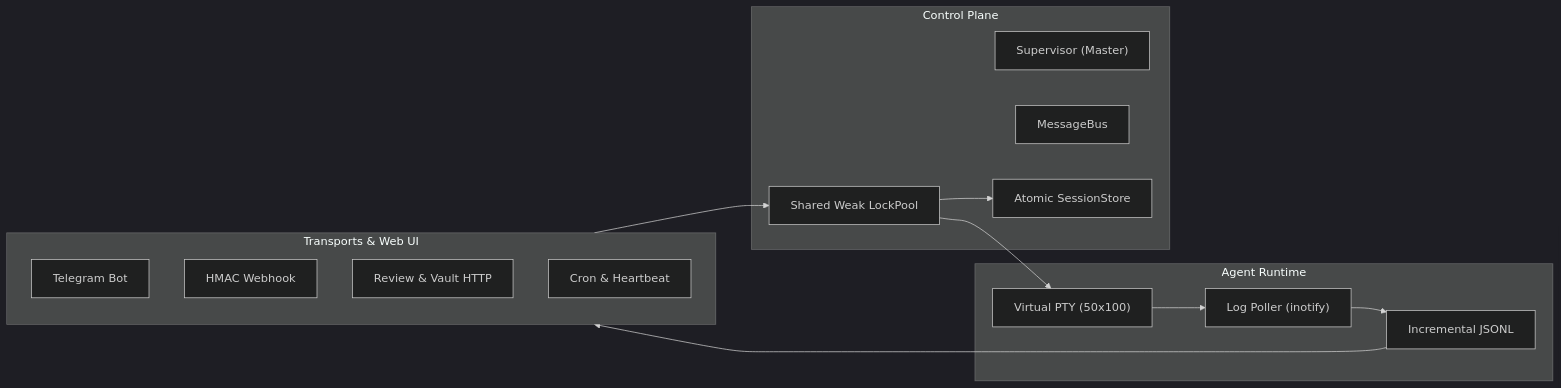
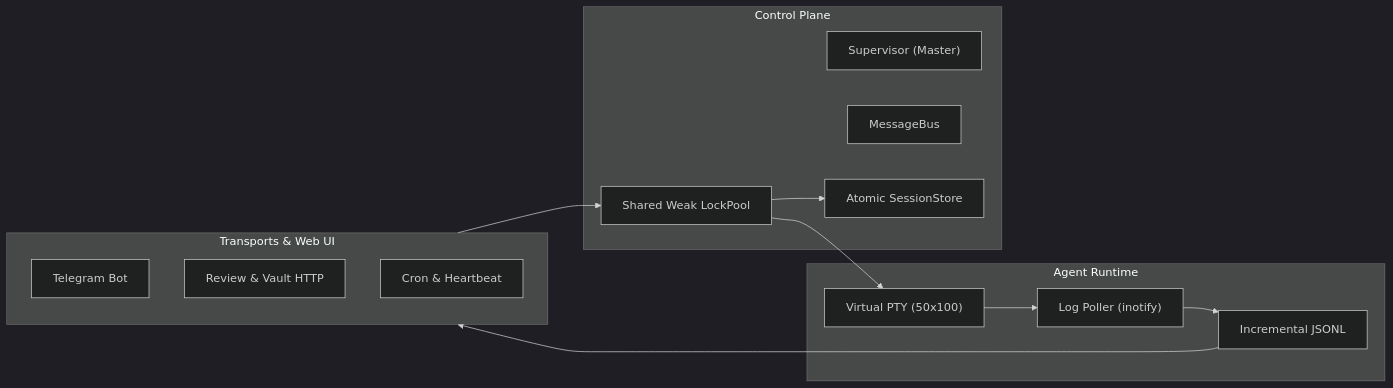
Before and after one commit to imwoo90/tuner: the diagram in README.md, drawn with Mermaid (dark theme). The commit also changed other lines of this file and 68 other files, not shown here.

````diff
--- a/README.md
+++ b/README.md
@@ -171,29 +171,28 @@
 ```mermaid
 graph LR
     subgraph Ingress["Transports & Web UI"]
         TG["Telegram Bot"]
-        WH["HMAC Webhook"]
         RV["Review & Vault HTTP"]
         Cron["Cron & Heartbeat"]
     end
 
     subgraph Core["Control Plane"]
         Super["Supervisor (Master)"]
         Bus["MessageBus"]
         Lock["Shared Weak LockPool"]
         Store["Atomic SessionStore"]
     end
 
     subgraph Runtime["Agent Runtime"]
         PTY["Virtual PTY (50x100)"]
         Poller["Log Poller (inotify)"]
         Parser["Incremental JSONL"]
     end
 
     Ingress --> Lock
     Lock --> Store
     Lock --> PTY
     PTY --> Poller
     Poller --> Parser
     Parser --> Ingress
 ```
````
